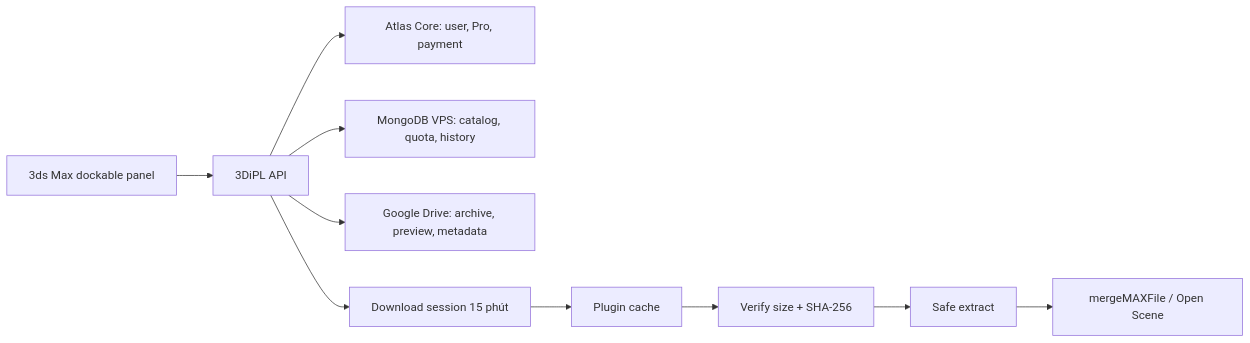
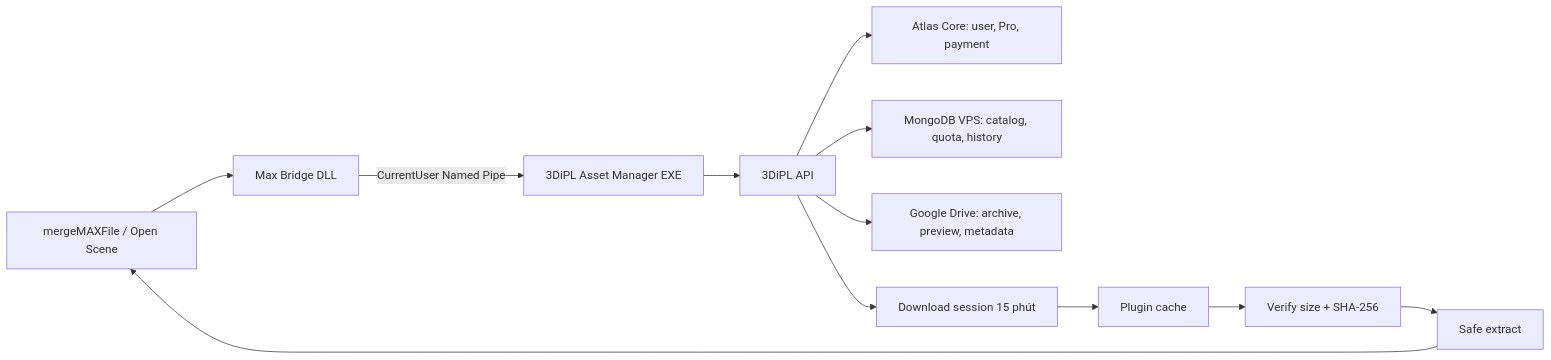
The diagram in 3DS_MAX_PLUGIN_DEVELOPMENT_GUIDE.md (huynhee/getlink66), drawn with Mermaid before and after one commit. The commit also changed other lines of this file and 1 other file, not shown here.

Commit message:
Update 3ds Max plugin architecture and API contract

````diff
--- a/3DS_MAX_PLUGIN_DEVELOPMENT_GUIDE.md
+++ b/3DS_MAX_PLUGIN_DEVELOPMENT_GUIDE.md
@@ -30,12 +36,14 @@
 ```mermaid
 flowchart LR
-  UI["3ds Max dockable panel"] --> API["3DiPL API"]
+  Max["3ds Max button"] --> Bridge["Max Bridge DLL"]
+  Bridge -->|CurrentUser Named Pipe| UI["3DiPL Asset Manager EXE"]
+  UI --> API["3DiPL API"]
   API --> Atlas["Atlas Core: user, Pro, payment"]
   API --> VPS["MongoDB VPS: catalog, quota, history"]
   API --> Drive["Google Drive: archive, preview, metadata"]
   API --> Session["Download session 15 phút"]
   Session --> Cache["Plugin cache"]
   Cache --> Verify["Verify size + SHA-256"]
   Verify --> Extract["Safe extract"]
   Extract --> Max["mergeMAXFile / Open Scene"]
 ```
````
